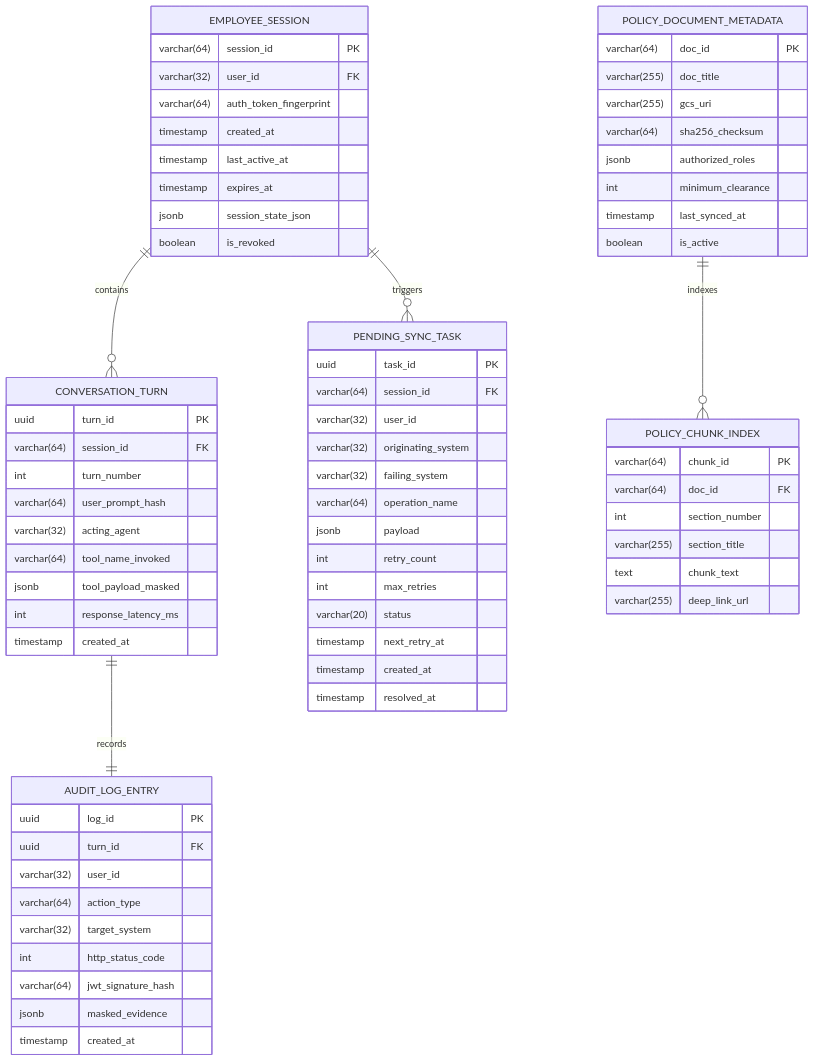
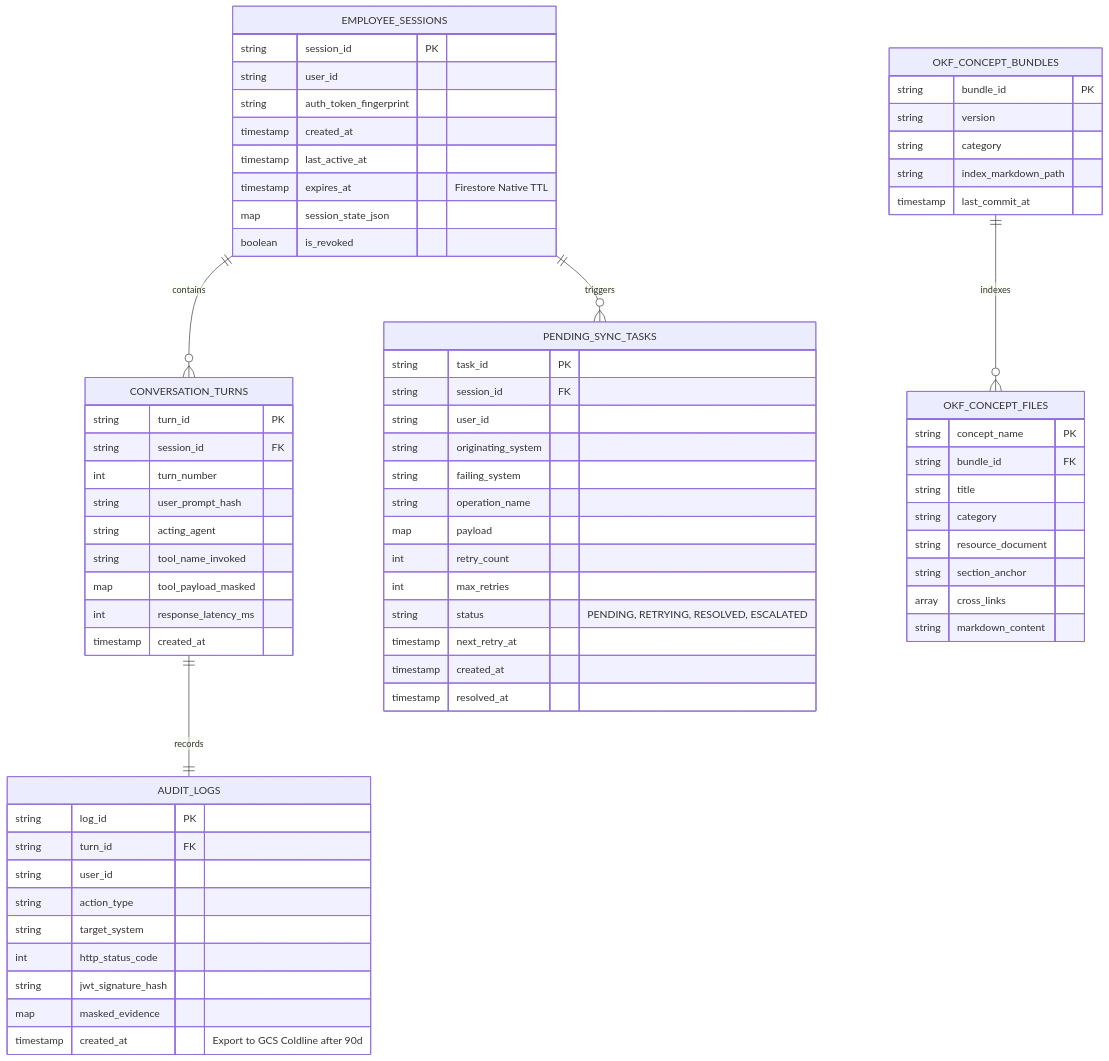
One commit to hhosur81-gcloud/so-elevated changed the tenth of 13 diagrams in technical_design/system_architecture_diagrams.md. Above: the diagram before and after it, drawn with Mermaid. The commit also changed other lines of this file and 4 other files, not shown here.

Commit message:
refactor(technical_design): align TDD with external MCP APIs, OKF retrieval, Model Armor PII, and Firestore persistence

````diff
--- a/technical_design/system_architecture_diagrams.md
+++ b/technical_design/system_architecture_diagrams.md
@@ -407,78 +406,77 @@
 ```mermaid
 erDiagram
-    EMPLOYEE_SESSION ||--o{ CONVERSATION_TURN : contains
-    EMPLOYEE_SESSION ||--o{ PENDING_SYNC_TASK : triggers
-    CONVERSATION_TURN ||--|| AUDIT_LOG_ENTRY : records
-    POLICY_DOCUMENT_METADATA ||--o{ POLICY_CHUNK_INDEX : indexes
+    EMPLOYEE_SESSIONS ||--o{ CONVERSATION_TURNS : contains
+    EMPLOYEE_SESSIONS ||--o{ PENDING_SYNC_TASKS : triggers
+    CONVERSATION_TURNS ||--|| AUDIT_LOGS : records
+    OKF_CONCEPT_BUNDLES ||--o{ OKF_CONCEPT_FILES : indexes
 
-    EMPLOYEE_SESSION {
-        varchar(64) session_id PK
-        varchar(32) user_id FK
-        varchar(64) auth_token_fingerprint
+    EMPLOYEE_SESSIONS {
+        string session_id PK
+        string user_id
+        string auth_token_fingerprint
         timestamp created_at
         timestamp last_active_at
-        timestamp expires_at
-        jsonb session_state_json
+        timestamp expires_at "Firestore Native TTL"
+        map session_state_json
         boolean is_revoked
     }
 
-    CONVERSATION_TURN {
-        uuid turn_id PK
-        varchar(64) session_id FK
+    CONVERSATION_TURNS {
+        string turn_id PK
+        string session_id FK
         int turn_number
-        varchar(64) user_prompt_hash
-        varchar(32) acting_agent
-        varchar(64) tool_name_invoked
-        jsonb tool_payload_masked
+        string user_prompt_hash
+        string acting_agent
+        string tool_name_invoked
+        map tool_payload_masked
         int response_latency_ms
         timestamp created_at
     }
 
-    AUDIT_LOG_ENTRY {
-        uuid log_id PK
-        uuid turn_id FK
-        varchar(32) user_id
-        varchar(64) action_type
-        varchar(32) target_system
+    AUDIT_LOGS {
+        string log_id PK
+        string turn_id FK
+        string user_id
+        string action_type
+        string target_system
         int http_status_code
-        varchar(64) jwt_signature_hash
-        jsonb masked_evidence
-        timestamp created_at
+        string jwt_signature_hash
+        map masked_evidence
+        timestamp created_at "Export to GCS Coldline after 90d"
     }
 
-    PENDING_SYNC_TASK {
-        uuid task_id PK
-        varchar(64) session_id FK
-        varchar(32) user_id
-        varchar(32) originating_system
-        varchar(32) failing_system
-        varchar(64) operation_name
-        jsonb payload
+    PENDING_SYNC_TASKS {
+        string task_id PK
+        string session_id FK
+        string user_id
+        string originating_system
+        string failing_system
+        string operation_name
+        map payload
         int retry_count
         int max_retries
-        varchar(20) status
+        string status "PENDING, RETRYING, RESOLVED, ESCALATED"
         timestamp next_retry_at
         timestamp created_at
         timestamp resolved_at
     }
 
-    POLICY_DOCUMENT_METADATA {
-        varchar(64) doc_id PK
-        varchar(255) doc_title
-        varchar(255) gcs_uri
-        varchar(64) sha256_checksum
-        jsonb authorized_roles
-        int minimum_clearance
-        timestamp last_synced_at
-        boolean is_active
+    OKF_CONCEPT_BUNDLES {
+        string bundle_id PK
+        string version
+        string category
+        string index_markdown_path
+        timestamp last_commit_at
     }
 
-    POLICY_CHUNK_INDEX {
-        varchar(64) chunk_id PK
-        varchar(64) doc_id FK
-        int section_number
-        varchar(255) section_title
-        text chunk_text
-        varchar(255) deep_link_url
+    OKF_CONCEPT_FILES {
+        string concept_name PK
+        string bundle_id FK
+        string title
+        string category
+        string resource_document
+        string section_anchor
+        array cross_links
+        string markdown_content
     }
 ```
````
